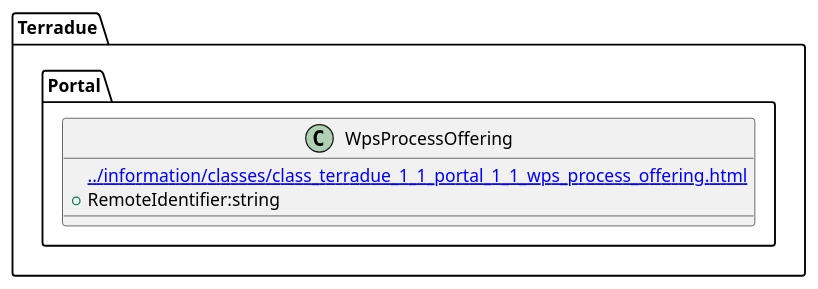
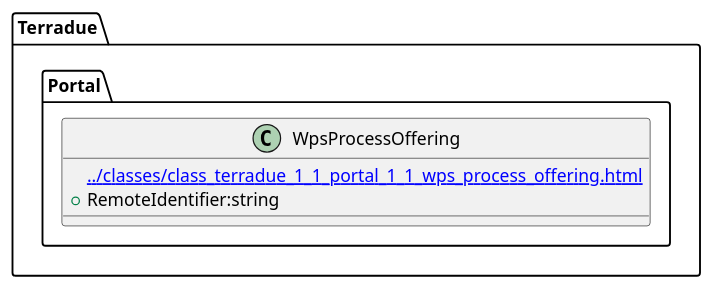
One commit to urban-tep/DDF-SDD changed the diagram in source/classes/class_terradue_1_1_portal_1_1_wps_process_offering.iuml. Above: the diagram before and after it, drawn with PlantUML. The commit also changed 133 other files, not shown here.

```diff
--- a/source/classes/class_terradue_1_1_portal_1_1_wps_process_offering.iuml
+++ b/source/classes/class_terradue_1_1_portal_1_1_wps_process_offering.iuml
@@ -1,7 +1,7 @@
 @startuml
 set namespaceSeparator ::
 class Terradue::Portal::WpsProcessOffering {
-[[../information/classes/class_terradue_1_1_portal_1_1_wps_process_offering.html]]
+[[../classes/class_terradue_1_1_portal_1_1_wps_process_offering.html]]
  +RemoteIdentifier:string
 }
 @enduml
```
